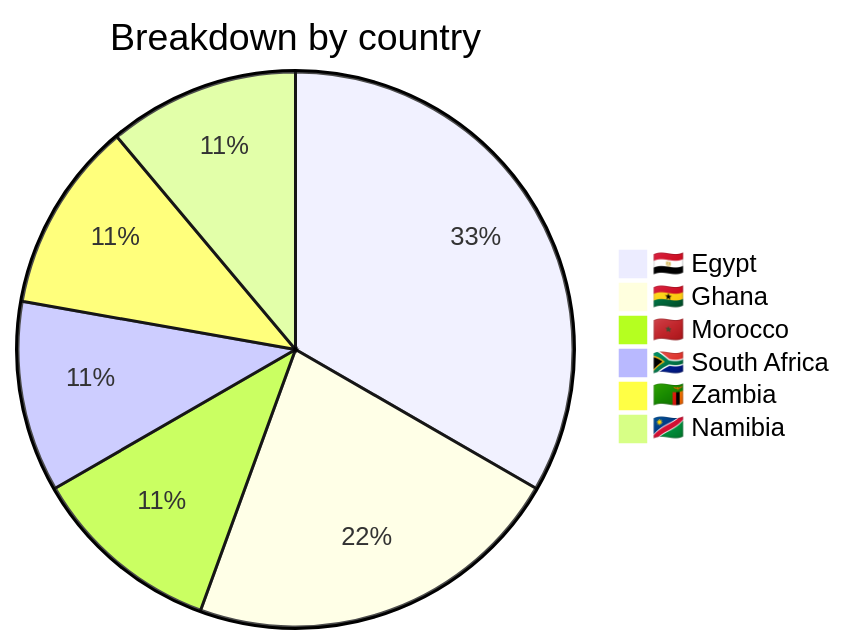
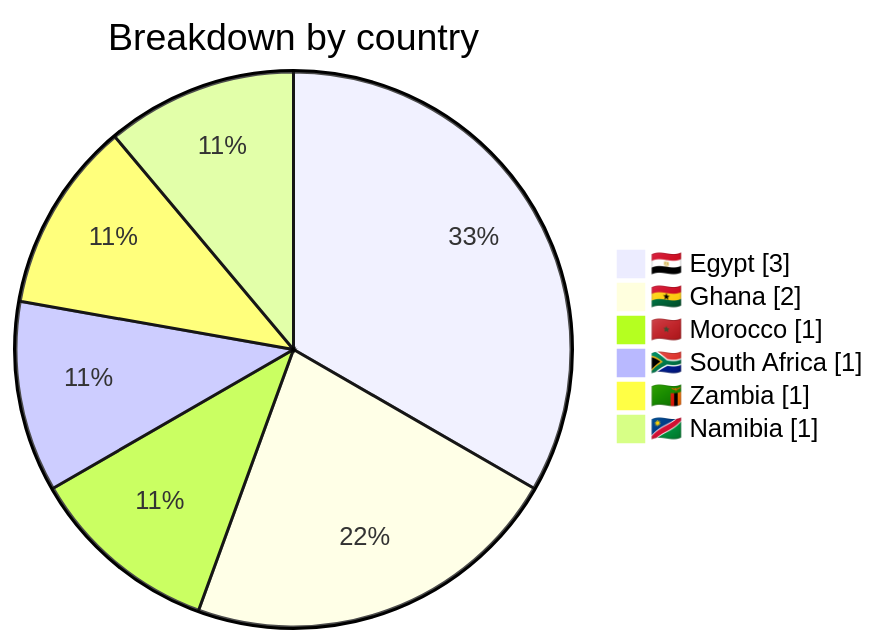
The second of 6 diagrams in CyberAttackAfrica/2025/02-february/README.md (Hatchepsoute/AFRINTEL), drawn with Mermaid before and after one commit. The commit also changed other lines of this file and 182 other files, not shown here.

````diff
--- a/CyberAttackAfrica/2025/02-february/README.md
+++ b/CyberAttackAfrica/2025/02-february/README.md
@@ -66,9 +70,10 @@
 ```mermaid
-pie title Breakdown by country
+pie showData
+    title Breakdown by country
     "🇪🇬 Egypt" : 3
     "🇬🇭 Ghana" : 2
     "🇲🇦 Morocco" : 1
     "🇿🇦 South Africa" : 1
     "🇿🇲 Zambia" : 1
     "🇳🇦 Namibia" : 1
 ```
````
